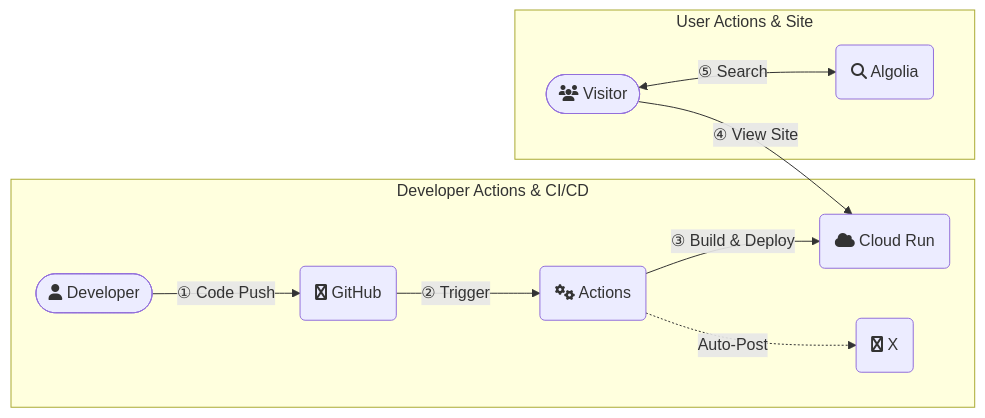
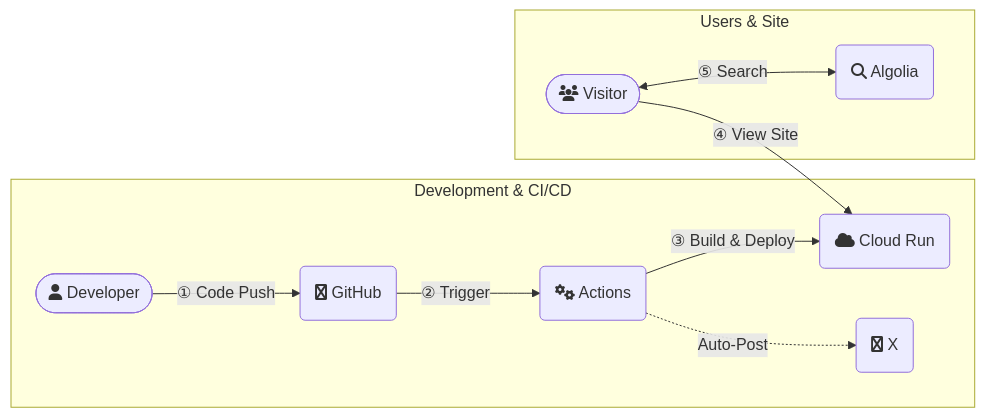
Before and after one commit to hiroaki-com/hkdocs: the diagram in README.en.md, drawn with Mermaid. The commit also changed other lines of this file and 2 other files, not shown here.

````diff
--- a/README.en.md
+++ b/README.en.md
@@ -44,14 +45,14 @@
 ```mermaid
 graph LR
-    subgraph "Developer Actions & CI/CD"
+    subgraph "Development & CI/CD"
         Developer([fa:fa-user Developer]) -- "① Code Push" --> GitHub(fa:fa-github GitHub)
         GitHub -- "② Trigger" --> Actions(fa:fa-cogs Actions)
         Actions -- "③ Build & Deploy" --> CR(fa:fa-cloud Cloud Run)
         Actions -.-> |Auto-Post| X(fa:fa-twitter X)
     end
 
-    subgraph "User Actions & Site"
+    subgraph "Users & Site"
         Visitor([fa:fa-users Visitor]) -- "④ View Site" --> CR
         Visitor -- "⑤ Search" <--> Algolia(fa:fa-search Algolia)
     end
 ```
````
